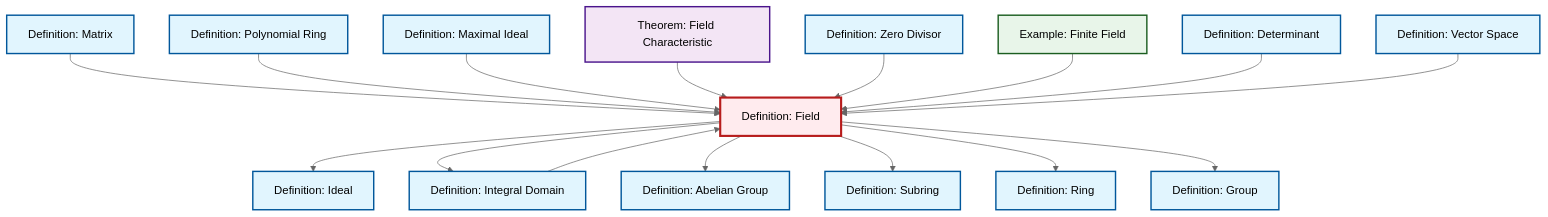
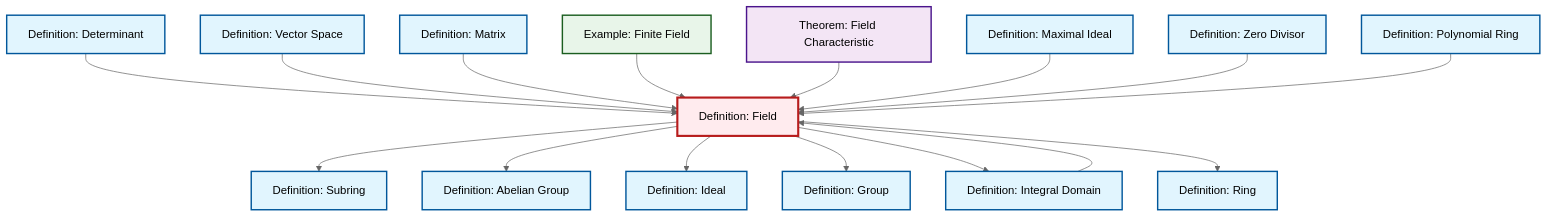
The diagram in content/en/algebra/def-field.qmd (RK0429/ModernMath), drawn with Mermaid (neutral theme) before and after one commit. The commit also changed other lines of this file and 1012 other files, not shown here.

````diff
--- a/content/en/algebra/def-field.qmd
+++ b/content/en/algebra/def-field.qmd
@@ -56,54 +56,54 @@
 ```{mermaid}
 %%| fig-cap: "Local dependency graph"
 graph TD
     classDef definition fill:#e1f5fe,stroke:#01579b,stroke-width:2px
     classDef theorem fill:#f3e5f5,stroke:#4a148c,stroke-width:2px
     classDef axiom fill:#fff3e0,stroke:#e65100,stroke-width:2px
     classDef example fill:#e8f5e9,stroke:#1b5e20,stroke-width:2px
     classDef current fill:#ffebee,stroke:#b71c1c,stroke-width:3px
-    def-zero-divisor["Definition: Zero Divisor"]:::definition
-    def-determinant["Definition: Determinant"]:::definition
-    def-ideal["Definition: Ideal"]:::definition
+    def-polynomial-ring["Definition: Polynomial Ring"]:::definition
+    def-field["Definition: Field"]:::definition
+    def-ring["Definition: Ring"]:::definition
+    def-subring["Definition: Subring"]:::definition
+    def-vector-space["Definition: Vector Space"]:::definition
     def-maximal-ideal["Definition: Maximal Ideal"]:::definition
-    def-polynomial-ring["Definition: Polynomial Ring"]:::definition
-    def-vector-space["Definition: Vector Space"]:::definition
-    def-field["Definition: Field"]:::definition
-    def-matrix["Definition: Matrix"]:::definition
-    def-integral-domain["Definition: Integral Domain"]:::definition
-    def-ring["Definition: Ring"]:::definition
-    def-abelian-group["Definition: Abelian Group"]:::definition
     thm-field-characteristic["Theorem: Field Characteristic"]:::theorem
     ex-finite-field["Example: Finite Field"]:::example
-    def-subring["Definition: Subring"]:::definition
+    def-abelian-group["Definition: Abelian Group"]:::definition
+    def-matrix["Definition: Matrix"]:::definition
+    def-determinant["Definition: Determinant"]:::definition
+    def-integral-domain["Definition: Integral Domain"]:::definition
+    def-ideal["Definition: Ideal"]:::definition
     def-group["Definition: Group"]:::definition
-    def-field --> def-ideal
-    def-field --> def-integral-domain
+    def-zero-divisor["Definition: Zero Divisor"]:::definition
+    def-determinant --> def-field
+    def-vector-space --> def-field
     def-matrix --> def-field
-    def-polynomial-ring --> def-field
-    def-field --> def-abelian-group
-    def-maximal-ideal --> def-field
-    thm-field-characteristic --> def-field
-    def-zero-divisor --> def-field
     ex-finite-field --> def-field
     def-field --> def-subring
+    thm-field-characteristic --> def-field
+    def-maximal-ideal --> def-field
+    def-field --> def-abelian-group
+    def-zero-divisor --> def-field
+    def-polynomial-ring --> def-field
+    def-field --> def-ideal
+    def-field --> def-group
     def-integral-domain --> def-field
-    def-determinant --> def-field
-    def-vector-space --> def-field
+    def-field --> def-integral-domain
     def-field --> def-ring
-    def-field --> def-group
     class def-field current
-    click def-zero-divisor "def-zero-divisor.html" "Go to Zero Divisor definition"
-    click def-determinant "def-determinant.html" "Go to Determinant definition"
-    click def-ideal "def-ideal.html" "Go to Ideal definition"
+    click def-polynomial-ring "def-polynomial-ring.html" "Go to Polynomial Ring definition"
+    click def-ring "def-ring.html" "Go to Ring definition"
+    click def-subring "def-subring.html" "Go to Subring definition"
+    click def-vector-space "def-vector-space.html" "Go to Vector Space definition"
     click def-maximal-ideal "def-maximal-ideal.html" "Go to Maximal Ideal definition"
-    click def-polynomial-ring "def-polynomial-ring.html" "Go to Polynomial Ring definition"
-    click def-vector-space "def-vector-space.html" "Go to Vector Space definition"
-    click def-matrix "def-matrix.html" "Go to Matrix definition"
-    click def-integral-domain "def-integral-domain.html" "Go to Integral Domain definition"
-    click def-ring "def-ring.html" "Go to Ring definition"
-    click def-abelian-group "def-abelian-group.html" "Go to Abelian Group definition"
     click thm-field-characteristic "thm-field-characteristic.html" "Go to Field Characteristic theorem"
     click ex-finite-field "ex-finite-field.html" "Go to Finite Field example"
-    click def-subring "def-subring.html" "Go to Subring definition"
+    click def-abelian-group "def-abelian-group.html" "Go to Abelian Group definition"
+    click def-matrix "def-matrix.html" "Go to Matrix definition"
+    click def-determinant "def-determinant.html" "Go to Determinant definition"
+    click def-integral-domain "def-integral-domain.html" "Go to Integral Domain definition"
+    click def-ideal "def-ideal.html" "Go to Ideal definition"
     click def-group "def-group.html" "Go to Group definition"
+    click def-zero-divisor "def-zero-divisor.html" "Go to Zero Divisor definition"
 ```
````
